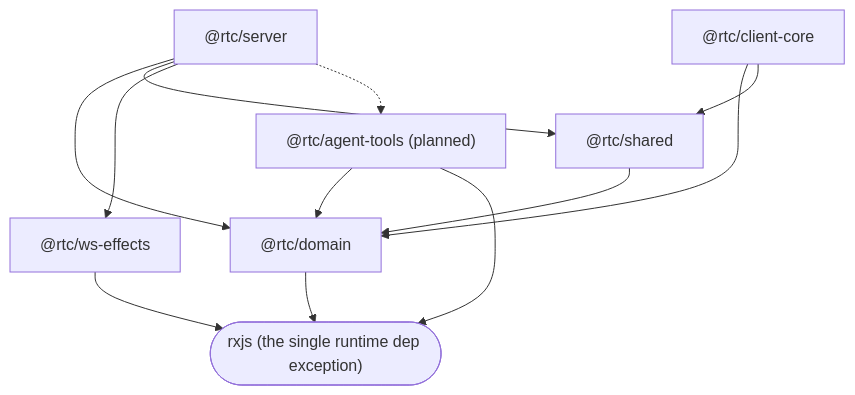
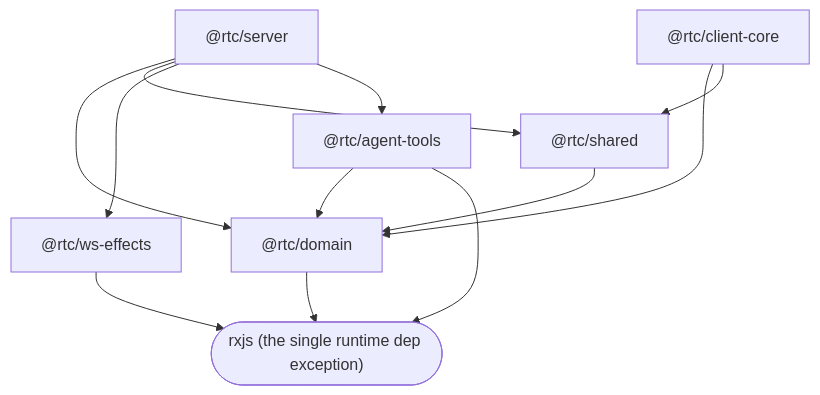
Before and after one commit to bettersoftware-io/ReactiveTraderCloudClone: the seventh of 9 diagrams in docs/architecture/18-jarvis-ai-agent-surface.md, drawn with Mermaid. The commit also changed other lines of this file and 8 other files, not shown here.

````diff
--- a/docs/architecture/18-jarvis-ai-agent-surface.md
+++ b/docs/architecture/18-jarvis-ai-agent-surface.md
@@ -353,23 +374,23 @@
 ```mermaid
 flowchart TD
     RXJS(["rxjs (the single runtime dep exception)"])
 
     DOM["@rtc/domain"]
-    AGT["@rtc/agent-tools (planned)"]
+    AGT["@rtc/agent-tools"]
     SHD["@rtc/shared"]
     WSE["@rtc/ws-effects"]
     SRV["@rtc/server"]
     CC["@rtc/client-core"]
 
     DOM --> RXJS
     AGT --> DOM
     AGT --> RXJS
     SHD --> DOM
     WSE --> RXJS
     SRV --> DOM
     SRV --> SHD
     SRV --> WSE
-    SRV -.-> AGT
+    SRV --> AGT
     CC --> DOM
     CC --> SHD
 ```
````
